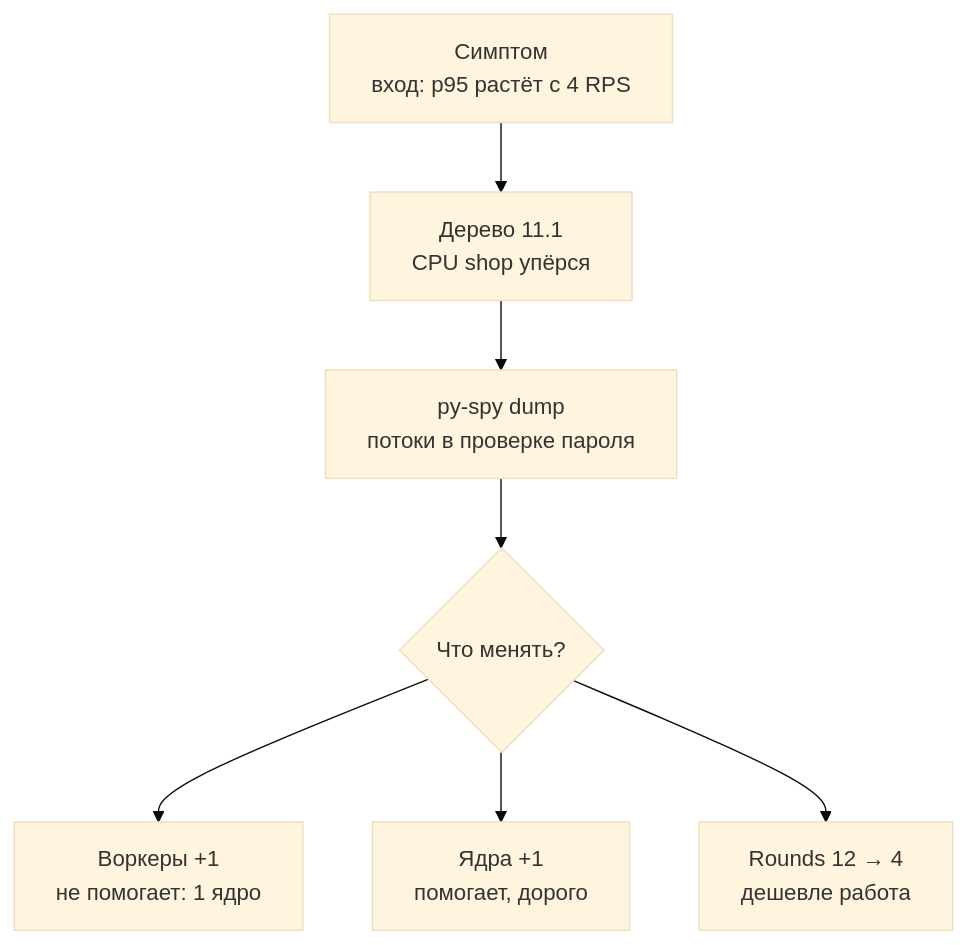
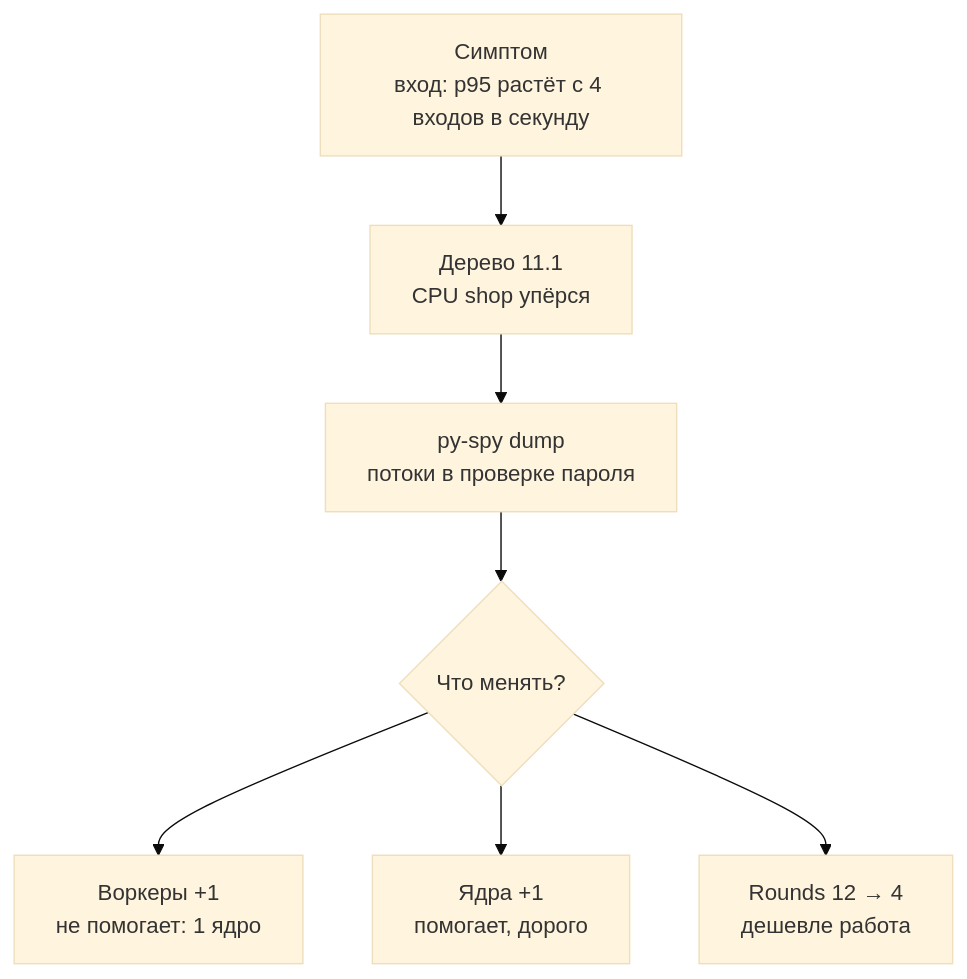
One commit to distinguished-sre/learning changed the diagram in load-tester/11-bottlenecks/02-cpu.md. Above: the diagram before and after it, drawn with Mermaid (base theme). The commit also changed other lines of this file and 462 other files, not shown here.

````diff
--- a/load-tester/11-bottlenecks/02-cpu.md
+++ b/load-tester/11-bottlenecks/02-cpu.md
@@ -37,9 +37,9 @@
 ```mermaid
 flowchart TD
-    A["Симптом<br>вход: p95 растёт с 4 RPS"] --> B["Дерево 11.1<br>CPU shop упёрся"]
+    A["Симптом<br>вход: p95 растёт с 4 входов в секунду"] --> B["Дерево 11.1<br>CPU shop упёрся"]
     B --> C["py-spy dump<br>потоки в проверке пароля"]
     C --> D{"Что менять?"}
     D --> E["Воркеры +1<br>не помогает: 1 ядро"]
     D --> F["Ядра +1<br>помогает, дорого"]
     D --> G["Rounds 12 → 4<br>дешевле работа"]
 ```
````
